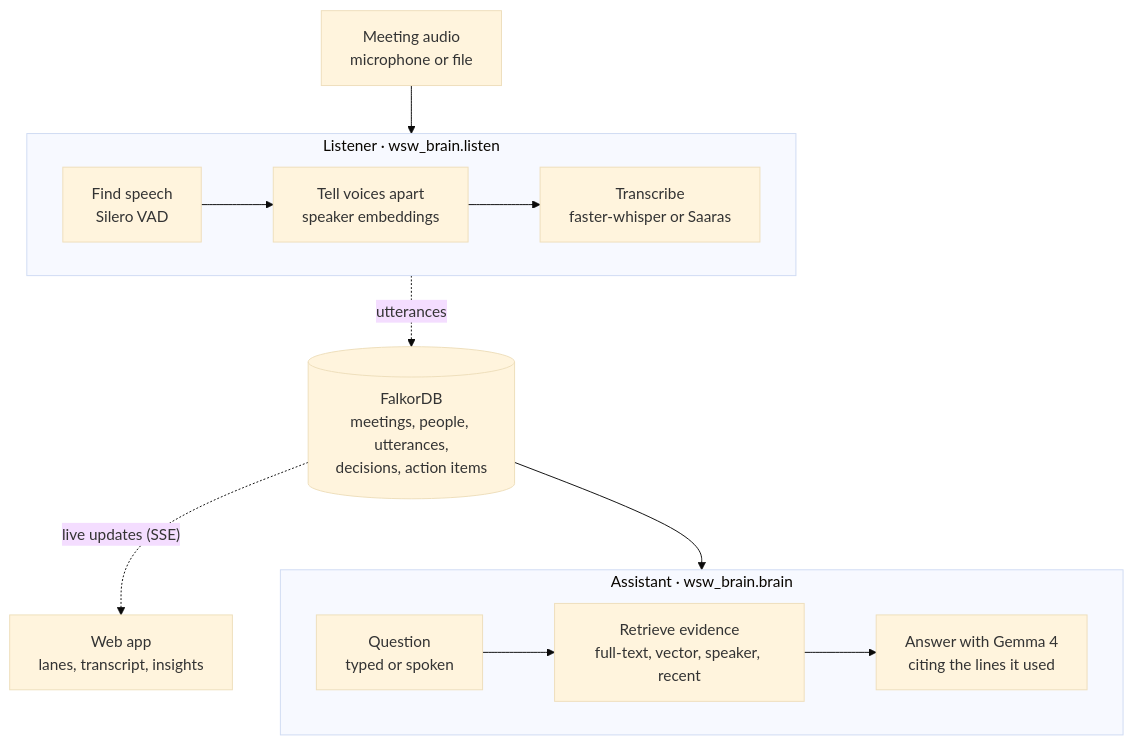
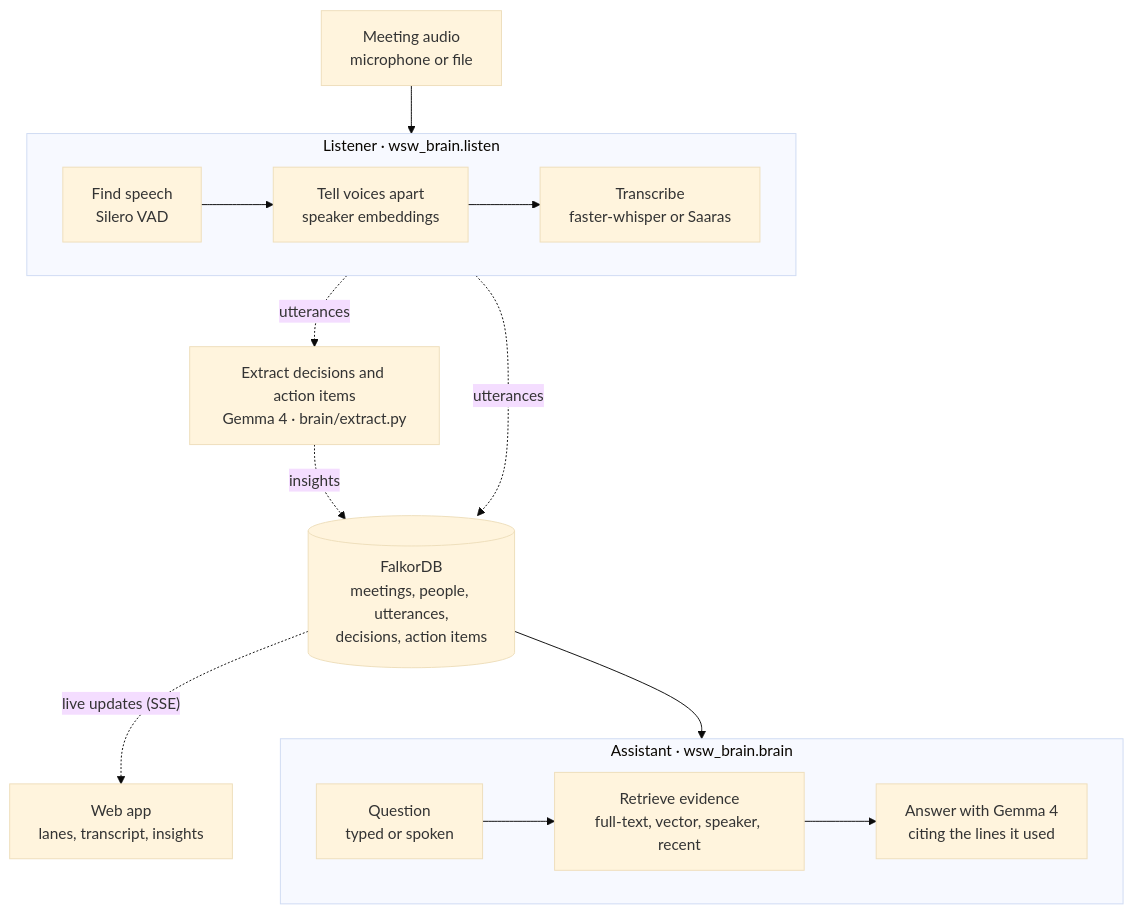
One commit to PDGamerSG/On-Record changed the diagram in README.md. Above: the diagram before and after it, drawn with Mermaid (base theme). The commit also changed other lines of this file, not shown here.

Commit message:
Show the meeting extractor in the How it works diagram
brain/extract.py (from #66) turns a window of utterances into decisions, action items, topics and entities. Adds it to the diagram with dashed links, since nothing writes its insights to the graph yet.

````diff
--- a/README.md
+++ b/README.md
@@ -16,19 +16,22 @@
 ```mermaid
 flowchart TB
   audio["Meeting audio<br/>microphone or file"]
   subgraph listener["Listener · wsw_brain.listen"]
     direction LR
     vad["Find speech<br/>Silero VAD"] --> voices["Tell voices apart<br/>speaker embeddings"] --> asr["Transcribe<br/>faster-whisper or Saaras"]
   end
+  extract["Extract decisions and action items<br/>Gemma 4 · brain/extract.py"]
   db[("FalkorDB<br/>meetings, people, utterances,<br/>decisions, action items")]
   subgraph assistant["Assistant · wsw_brain.brain"]
     direction LR
     question["Question<br/>typed or spoken"] --> retrieve["Retrieve evidence<br/>full-text, vector, speaker, recent"] --> answer["Answer with Gemma 4<br/>citing the lines it used"]
   end
   web["Web app<br/>lanes, transcript, insights"]
 
   audio --> listener
   listener -. utterances .-> db
+  listener -. utterances .-> extract
+  extract -. insights .-> db
   db --> assistant
   db -. "live updates (SSE)" .-> web
 ```
````
